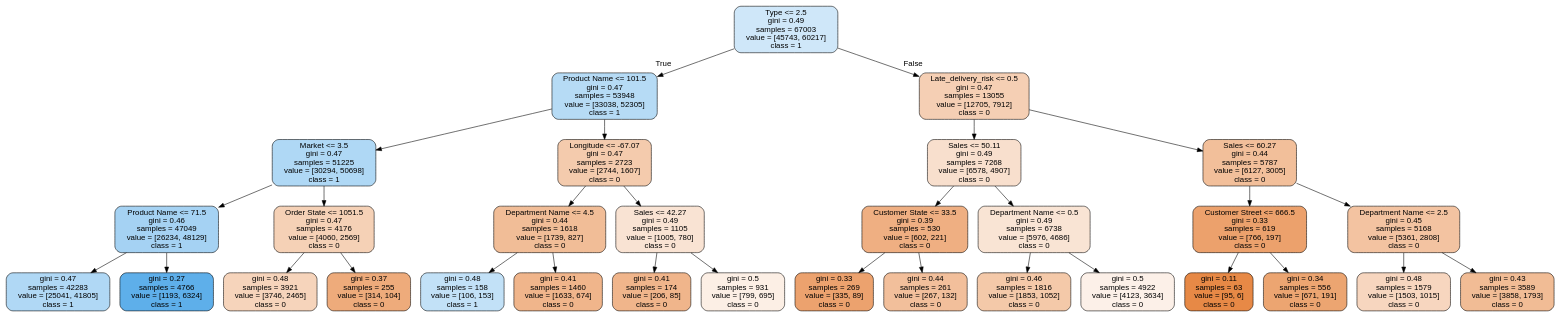
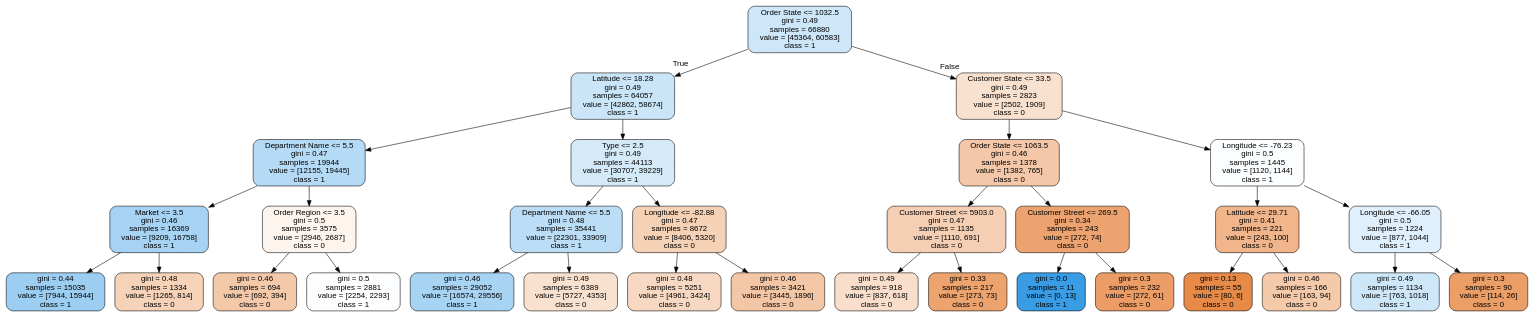
Before and after one commit to BDBlank/SmartSupplyChain: the diagram in tree.dot, drawn with Graphviz. The commit also changed 2 other files, not shown here.

```diff
--- a/tree.dot
+++ b/tree.dot
@@ -1,65 +1,65 @@
 digraph Tree {
 node [shape=box, style="filled, rounded", color="black", fontname=helvetica] ;
 edge [fontname=helvetica] ;
-0 [label="Type <= 2.5\ngini = 0.49\nsamples = 67003\nvalue = [45743, 60217]\nclass = 1", fillcolor="#cfe7f9"] ;
-1 [label="Product Name <= 101.5\ngini = 0.47\nsamples = 53948\nvalue = [33038, 52305]\nclass = 1", fillcolor="#b6dbf5"] ;
+0 [label="Order State <= 1032.5\ngini = 0.49\nsamples = 66880\nvalue = [45364, 60583]\nclass = 1", fillcolor="#cde6f8"] ;
+1 [label="Latitude <= 18.28\ngini = 0.49\nsamples = 64057\nvalue = [42862, 58674]\nclass = 1", fillcolor="#cae5f8"] ;
 0 -> 1 [labeldistance=2.5, labelangle=45, headlabel="True"] ;
-2 [label="Market <= 3.5\ngini = 0.47\nsamples = 51225\nvalue = [30294, 50698]\nclass = 1", fillcolor="#afd8f5"] ;
+2 [label="Department Name <= 5.5\ngini = 0.47\nsamples = 19944\nvalue = [12155, 19445]\nclass = 1", fillcolor="#b5daf5"] ;
 1 -> 2 ;
-3 [label="Product Name <= 71.5\ngini = 0.46\nsamples = 47049\nvalue = [26234, 48129]\nclass = 1", fillcolor="#a5d2f3"] ;
+3 [label="Market <= 3.5\ngini = 0.46\nsamples = 16369\nvalue = [9209, 16758]\nclass = 1", fillcolor="#a6d3f3"] ;
 2 -> 3 ;
-4 [label="gini = 0.47\nsamples = 42283\nvalue = [25041, 41805]\nclass = 1", fillcolor="#b0d8f5"] ;
+4 [label="gini = 0.44\nsamples = 15035\nvalue = [7944, 15944]\nclass = 1", fillcolor="#9ccef2"] ;
 3 -> 4 ;
-5 [label="gini = 0.27\nsamples = 4766\nvalue = [1193, 6324]\nclass = 1", fillcolor="#5eafea"] ;
+5 [label="gini = 0.48\nsamples = 1334\nvalue = [1265, 814]\nclass = 0", fillcolor="#f6d2b8"] ;
 3 -> 5 ;
-6 [label="Order State <= 1051.5\ngini = 0.47\nsamples = 4176\nvalue = [4060, 2569]\nclass = 0", fillcolor="#f5d1b6"] ;
+6 [label="Order Region <= 3.5\ngini = 0.5\nsamples = 3575\nvalue = [2946, 2687]\nclass = 0", fillcolor="#fdf4ee"] ;
 2 -> 6 ;
-7 [label="gini = 0.48\nsamples = 3921\nvalue = [3746, 2465]\nclass = 0", fillcolor="#f6d4bb"] ;
+7 [label="gini = 0.46\nsamples = 694\nvalue = [692, 394]\nclass = 0", fillcolor="#f4c9aa"] ;
 6 -> 7 ;
-8 [label="gini = 0.37\nsamples = 255\nvalue = [314, 104]\nclass = 0", fillcolor="#eeab7b"] ;
+8 [label="gini = 0.5\nsamples = 2881\nvalue = [2254, 2293]\nclass = 1", fillcolor="#fcfdff"] ;
 6 -> 8 ;
-9 [label="Longitude <= -67.07\ngini = 0.47\nsamples = 2723\nvalue = [2744, 1607]\nclass = 0", fillcolor="#f4cbad"] ;
+9 [label="Type <= 2.5\ngini = 0.49\nsamples = 44113\nvalue = [30707, 39229]\nclass = 1", fillcolor="#d4eaf9"] ;
 1 -> 9 ;
-10 [label="Department Name <= 4.5\ngini = 0.44\nsamples = 1618\nvalue = [1739, 827]\nclass = 0", fillcolor="#f1bd97"] ;
+10 [label="Department Name <= 5.5\ngini = 0.48\nsamples = 35441\nvalue = [22301, 33909]\nclass = 1", fillcolor="#bbddf6"] ;
 9 -> 10 ;
-11 [label="gini = 0.48\nsamples = 158\nvalue = [106, 153]\nclass = 1", fillcolor="#c2e1f7"] ;
+11 [label="gini = 0.46\nsamples = 29052\nvalue = [16574, 29556]\nclass = 1", fillcolor="#a8d4f4"] ;
 10 -> 11 ;
-12 [label="gini = 0.41\nsamples = 1460\nvalue = [1633, 674]\nclass = 0", fillcolor="#f0b58b"] ;
+12 [label="gini = 0.49\nsamples = 6389\nvalue = [5727, 4353]\nclass = 0", fillcolor="#f9e1cf"] ;
 10 -> 12 ;
-13 [label="Sales <= 42.27\ngini = 0.49\nsamples = 1105\nvalue = [1005, 780]\nclass = 0", fillcolor="#f9e3d3"] ;
+13 [label="Longitude <= -82.88\ngini = 0.47\nsamples = 8672\nvalue = [8406, 5320]\nclass = 0", fillcolor="#f5d1b6"] ;
 9 -> 13 ;
-14 [label="gini = 0.41\nsamples = 174\nvalue = [206, 85]\nclass = 0", fillcolor="#f0b58b"] ;
+14 [label="gini = 0.48\nsamples = 5251\nvalue = [4961, 3424]\nclass = 0", fillcolor="#f7d8c2"] ;
 13 -> 14 ;
-15 [label="gini = 0.5\nsamples = 931\nvalue = [799, 695]\nclass = 0", fillcolor="#fcefe5"] ;
+15 [label="gini = 0.46\nsamples = 3421\nvalue = [3445, 1896]\nclass = 0", fillcolor="#f3c6a6"] ;
 13 -> 15 ;
-16 [label="Late_delivery_risk <= 0.5\ngini = 0.47\nsamples = 13055\nvalue = [12705, 7912]\nclass = 0", fillcolor="#f5cfb4"] ;
+16 [label="Customer State <= 33.5\ngini = 0.49\nsamples = 2823\nvalue = [2502, 1909]\nclass = 0", fillcolor="#f9e1d0"] ;
 0 -> 16 [labeldistance=2.5, labelangle=-45, headlabel="False"] ;
-17 [label="Sales <= 50.11\ngini = 0.49\nsamples = 7268\nvalue = [6578, 4907]\nclass = 0", fillcolor="#f8dfcd"] ;
+17 [label="Order State <= 1063.5\ngini = 0.46\nsamples = 1378\nvalue = [1382, 765]\nclass = 0", fillcolor="#f3c7a7"] ;
 16 -> 17 ;
-18 [label="Customer State <= 33.5\ngini = 0.39\nsamples = 530\nvalue = [602, 221]\nclass = 0", fillcolor="#efaf82"] ;
+18 [label="Customer Street <= 5903.0\ngini = 0.47\nsamples = 1135\nvalue = [1110, 691]\nclass = 0", fillcolor="#f5cfb4"] ;
 17 -> 18 ;
-19 [label="gini = 0.33\nsamples = 269\nvalue = [335, 89]\nclass = 0", fillcolor="#eca26e"] ;
+19 [label="gini = 0.49\nsamples = 918\nvalue = [837, 618]\nclass = 0", fillcolor="#f8decb"] ;
 18 -> 19 ;
-20 [label="gini = 0.44\nsamples = 261\nvalue = [267, 132]\nclass = 0", fillcolor="#f2bf9b"] ;
+20 [label="gini = 0.33\nsamples = 217\nvalue = [273, 73]\nclass = 0", fillcolor="#eca36e"] ;
 18 -> 20 ;
-21 [label="Department Name <= 0.5\ngini = 0.49\nsamples = 6738\nvalue = [5976, 4686]\nclass = 0", fillcolor="#f9e4d4"] ;
+21 [label="Customer Street <= 269.5\ngini = 0.34\nsamples = 243\nvalue = [272, 74]\nclass = 0", fillcolor="#eca36f"] ;
 17 -> 21 ;
-22 [label="gini = 0.46\nsamples = 1816\nvalue = [1853, 1052]\nclass = 0", fillcolor="#f4c9a9"] ;
+22 [label="gini = 0.0\nsamples = 11\nvalue = [0, 13]\nclass = 1", fillcolor="#399de5"] ;
 21 -> 22 ;
-23 [label="gini = 0.5\nsamples = 4922\nvalue = [4123, 3634]\nclass = 0", fillcolor="#fcf0e8"] ;
+23 [label="gini = 0.3\nsamples = 232\nvalue = [272, 61]\nclass = 0", fillcolor="#eb9d65"] ;
 21 -> 23 ;
-24 [label="Sales <= 60.27\ngini = 0.44\nsamples = 5787\nvalue = [6127, 3005]\nclass = 0", fillcolor="#f2bf9a"] ;
+24 [label="Longitude <= -76.23\ngini = 0.5\nsamples = 1445\nvalue = [1120, 1144]\nclass = 1", fillcolor="#fbfdfe"] ;
 16 -> 24 ;
-25 [label="Customer Street <= 666.5\ngini = 0.33\nsamples = 619\nvalue = [766, 197]\nclass = 0", fillcolor="#eca16c"] ;
+25 [label="Latitude <= 29.71\ngini = 0.41\nsamples = 221\nvalue = [243, 100]\nclass = 0", fillcolor="#f0b58a"] ;
 24 -> 25 ;
-26 [label="gini = 0.11\nsamples = 63\nvalue = [95, 6]\nclass = 0", fillcolor="#e78946"] ;
+26 [label="gini = 0.13\nsamples = 55\nvalue = [80, 6]\nclass = 0", fillcolor="#e78a48"] ;
 25 -> 26 ;
-27 [label="gini = 0.34\nsamples = 556\nvalue = [671, 191]\nclass = 0", fillcolor="#eca571"] ;
+27 [label="gini = 0.46\nsamples = 166\nvalue = [163, 94]\nclass = 0", fillcolor="#f4caab"] ;
 25 -> 27 ;
-28 [label="Department Name <= 2.5\ngini = 0.45\nsamples = 5168\nvalue = [5361, 2808]\nclass = 0", fillcolor="#f3c3a1"] ;
+28 [label="Longitude <= -66.05\ngini = 0.5\nsamples = 1224\nvalue = [877, 1044]\nclass = 1", fillcolor="#dfeffb"] ;
 24 -> 28 ;
-29 [label="gini = 0.48\nsamples = 1579\nvalue = [1503, 1015]\nclass = 0", fillcolor="#f7d6bf"] ;
+29 [label="gini = 0.49\nsamples = 1134\nvalue = [763, 1018]\nclass = 1", fillcolor="#cde6f8"] ;
 28 -> 29 ;
-30 [label="gini = 0.43\nsamples = 3589\nvalue = [3858, 1793]\nclass = 0", fillcolor="#f1bc95"] ;
+30 [label="gini = 0.3\nsamples = 90\nvalue = [114, 26]\nclass = 0", fillcolor="#eb9e66"] ;
 28 -> 30 ;
 }
```
